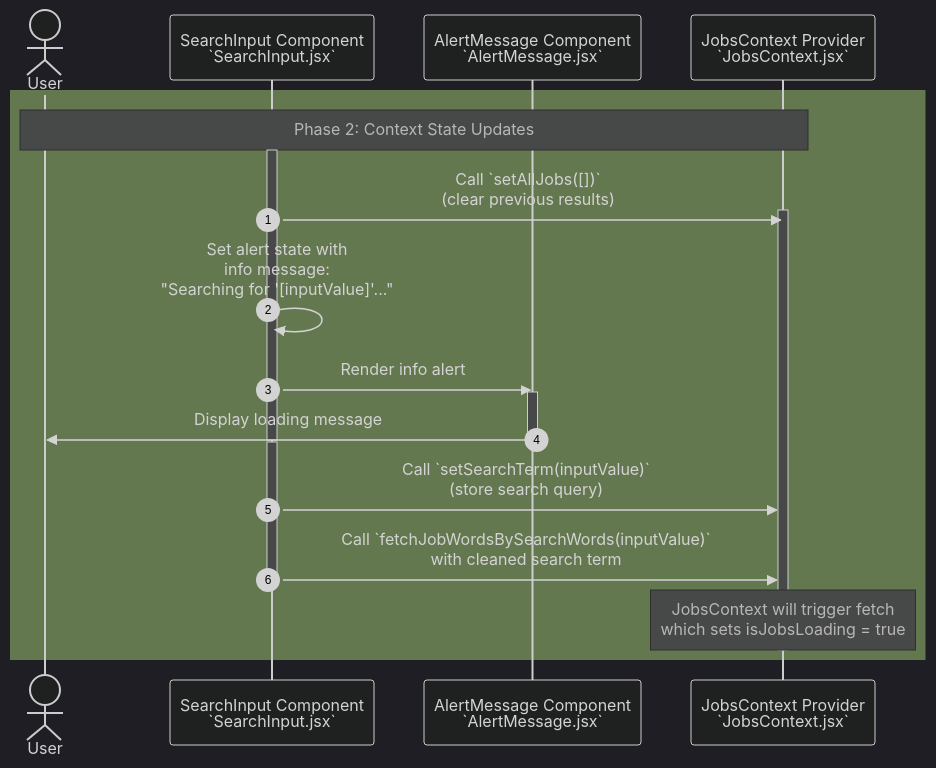
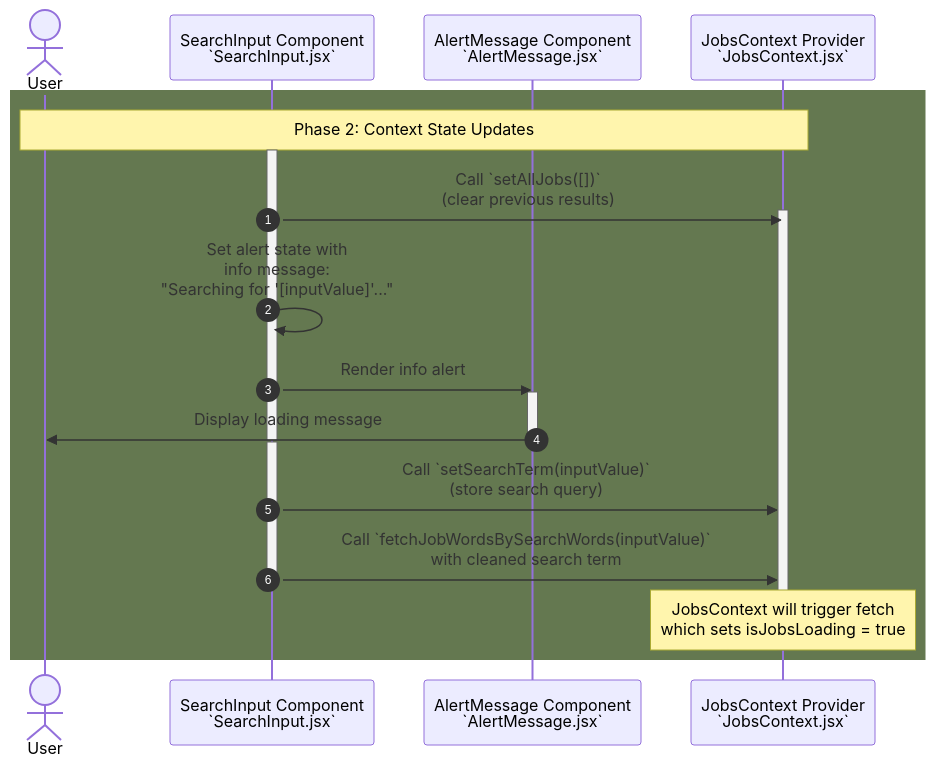
Before and after one commit to YahyaAl-Ademi/2025.10.23-JobCompass: the diagram in documentation/jobFetch/jobFetch-Phase2.md, drawn with Mermaid. The commit also changed 6 other files, not shown here.

Commit message:
Remove unnecessary initialization parameters from mermaid diagrams in job fetch documentation for phases 1 to 6 and the flowchart, streamlining the visual representation.

````diff
--- a/documentation/jobFetch/jobFetch-Phase2.md
+++ b/documentation/jobFetch/jobFetch-Phase2.md
@@ -1,36 +1,35 @@
 ```mermaid
-%%{init: {'theme': 'dark', 'themeVariables': { 'primaryColor':'#1a1a1a', 'primaryBorderColor':'#4a9eff', 'lineColor':'#4a9eff', 'tertiaryColor':'#2a2a2a', 'tertiaryBorderColor':'#4a9eff', 'tertiaryTextColor':'#ffffff'}, 'sequence': {'actorMargin': 50}}}%%
 sequenceDiagram
     autonumber
     actor User
     participant SearchInput as SearchInput Component<br/>`SearchInput.jsx`
     participant AlertMessage as AlertMessage Component<br/>`AlertMessage.jsx`
     participant JobsContext as JobsContext Provider<br/>`JobsContext.jsx`
 
     rect rgb(100, 120, 80)
     Note over User,JobsContext: Phase 2: Context State Updates
     activate SearchInput
     SearchInput->>JobsContext: Call `setAllJobs([])`<br/>(clear previous results)
     activate JobsContext
     deactivate SearchInput
 
     activate SearchInput
     SearchInput->>SearchInput: Set alert state with<br/>info message:<br/>"Searching for '[inputValue]'..."
     SearchInput->>AlertMessage: Render info alert
     activate AlertMessage
     AlertMessage->>User: Display loading message
     deactivate AlertMessage
     deactivate SearchInput
 
     activate SearchInput
     SearchInput->>JobsContext: Call `setSearchTerm(inputValue)`<br/>(store search query)
     deactivate SearchInput
 
     activate SearchInput
     SearchInput->>JobsContext: Call `fetchJobWordsBySearchWords(inputValue)`<br/>with cleaned search term
     deactivate SearchInput
 
     Note over JobsContext: JobsContext will trigger fetch<br/>which sets isJobsLoading = true
     deactivate JobsContext
     end
 ```
````
